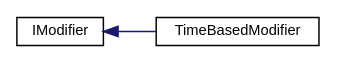
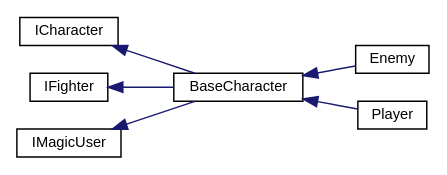
Before and after one commit to PaulSchweizer/ActionRpgKit: the diagram in inherit_graph_5.dot, drawn with Graphviz. The commit also changed 506 other files, not shown here.

```diff
--- a/inherit_graph_5.dot
+++ b/inherit_graph_5.dot
@@ -1,10 +1,18 @@
 digraph "Graphical Class Hierarchy"
 {
  // INTERACTIVE_SVG=YES
   edge [fontname="Helvetica",fontsize="10",labelfontname="Helvetica",labelfontsize="10"];
   node [fontname="Helvetica",fontsize="10",shape=record];
   rankdir="LR";
-  Node1 [label="IModifier",height=0.2,width=0.4,color="black", fillcolor="white", style="filled",URL="$d5/dc3/interface_action_rpg_kit_1_1_character_1_1_attribute_1_1_i_modifier.xhtml",tooltip="Interface for modifiers that alter an attribute. "];
+  Node1 [label="ICharacter",height=0.2,width=0.4,color="black", fillcolor="white", style="filled",URL="$d2/df8/interface_action_rpg_kit_1_1_character_1_1_i_character.xhtml",tooltip="Characters populate the game world. They are defined by Stats."];
   Node1 -> Node2 [dir="back",color="midnightblue",fontsize="10",style="solid",fontname="Helvetica"];
-  Node2 [label="TimeBasedModifier",height=0.2,width=0.4,color="black", fillcolor="white", style="filled",URL="$d5/d34/class_action_rpg_kit_1_1_character_1_1_attribute_1_1_time_based_modifier.xhtml",tooltip="Modifier that affects an attribute over a certain period of time. "];
+  Node2 [label="BaseCharacter",height=0.2,width=0.4,color="black", fillcolor="white", style="filled",URL="$d9/d5c/class_action_rpg_kit_1_1_character_1_1_base_character.xhtml",tooltip="Base implementation of a Character."];
+  Node2 -> Node3 [dir="back",color="midnightblue",fontsize="10",style="solid",fontname="Helvetica"];
+  Node3 [label="Enemy",height=0.2,width=0.4,color="black", fillcolor="white", style="filled",URL="$d2/df0/class_action_rpg_kit_1_1_character_1_1_enemy.xhtml",tooltip="Representation of a Hostile, game controlled character."];
+  Node2 -> Node4 [dir="back",color="midnightblue",fontsize="10",style="solid",fontname="Helvetica"];
+  Node4 [label="Player",height=0.2,width=0.4,color="black", fillcolor="white", style="filled",URL="$d7/dd8/class_action_rpg_kit_1_1_character_1_1_player.xhtml",tooltip="Representation of a Player controllable character."];
+  Node5 [label="IFighter",height=0.2,width=0.4,color="black", fillcolor="white", style="filled",URL="$df/d5e/interface_action_rpg_kit_1_1_character_1_1_i_fighter.xhtml",tooltip="Character can fight."];
+  Node5 -> Node2 [dir="back",color="midnightblue",fontsize="10",style="solid",fontname="Helvetica"];
+  Node6 [label="IMagicUser",height=0.2,width=0.4,color="black", fillcolor="white", style="filled",URL="$dd/db0/interface_action_rpg_kit_1_1_character_1_1_i_magic_user.xhtml",tooltip="Character can use Magic."];
+  Node6 -> Node2 [dir="back",color="midnightblue",fontsize="10",style="solid",fontname="Helvetica"];
 }
```
